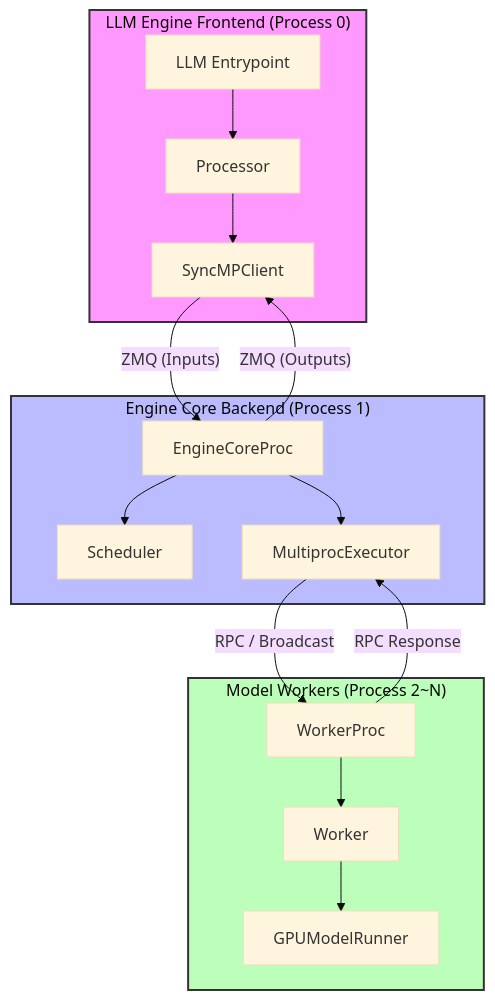
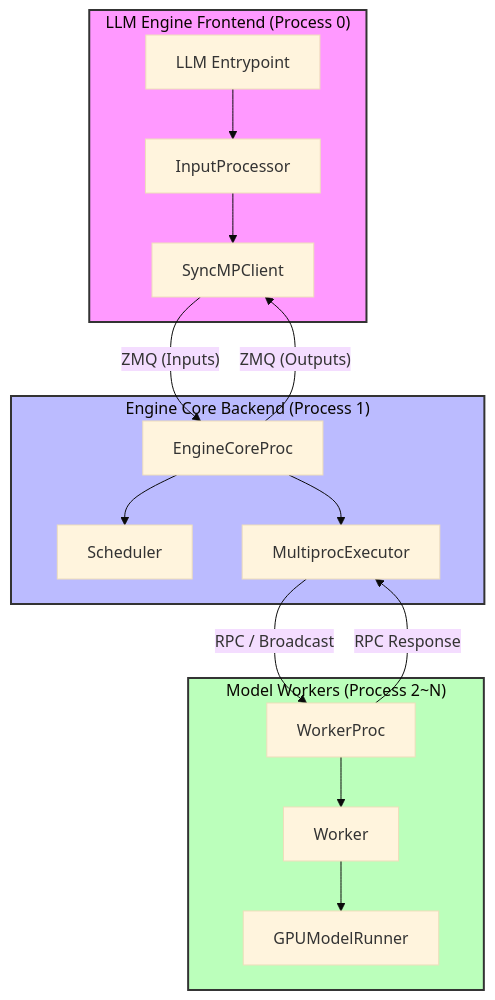
Before and after one commit to Icedcocon/Icedcocon.github.io: the first of 4 diagrams in posts/ai/kvcache/lmcache-mooncake-vllm源码剖析/index.md, drawn with Mermaid (base theme). The commit also changed other lines of this file and 32 other files, not shown here.

````diff
--- a/posts/ai/kvcache/lmcache-mooncake-vllm源码剖析/index.md
+++ b/posts/ai/kvcache/lmcache-mooncake-vllm源码剖析/index.md
@@ -16,35 +19,35 @@
 ```mermaid
 graph TB
     subgraph Process0 ["LLM Engine Frontend (Process 0)"]
         style Process0 fill:#f9f,stroke:#333,stroke-width:2px
         LLM[LLM Entrypoint]
-        Processor[Processor]
+        InputProcessor[InputProcessor]
         SyncClient[SyncMPClient]
     end
 
     subgraph Process1 ["Engine Core Backend (Process 1)"]
         style Process1 fill:#bbf,stroke:#333,stroke-width:2px
         EngineProc[EngineCoreProc]
         Scheduler[Scheduler]
         Executor[MultiprocExecutor]
     end
 
     subgraph Process2N ["Model Workers (Process 2~N)"]
         style Process2N fill:#bfb,stroke:#333,stroke-width:2px
         WorkerProc[WorkerProc]
         Worker[Worker]
         Runner[GPUModelRunner]
     end
 
-    LLM --> Processor
-    Processor --> SyncClient
+    LLM --> InputProcessor
+    InputProcessor --> SyncClient
     SyncClient -- "ZMQ (Inputs)" --> EngineProc
     EngineProc -- "ZMQ (Outputs)" --> SyncClient
     
     EngineProc --> Scheduler
     EngineProc --> Executor
     Executor -- "RPC / Broadcast" --> WorkerProc
     WorkerProc --> Worker
     Worker --> Runner
     WorkerProc -- "RPC Response" --> Executor
 ```
````
